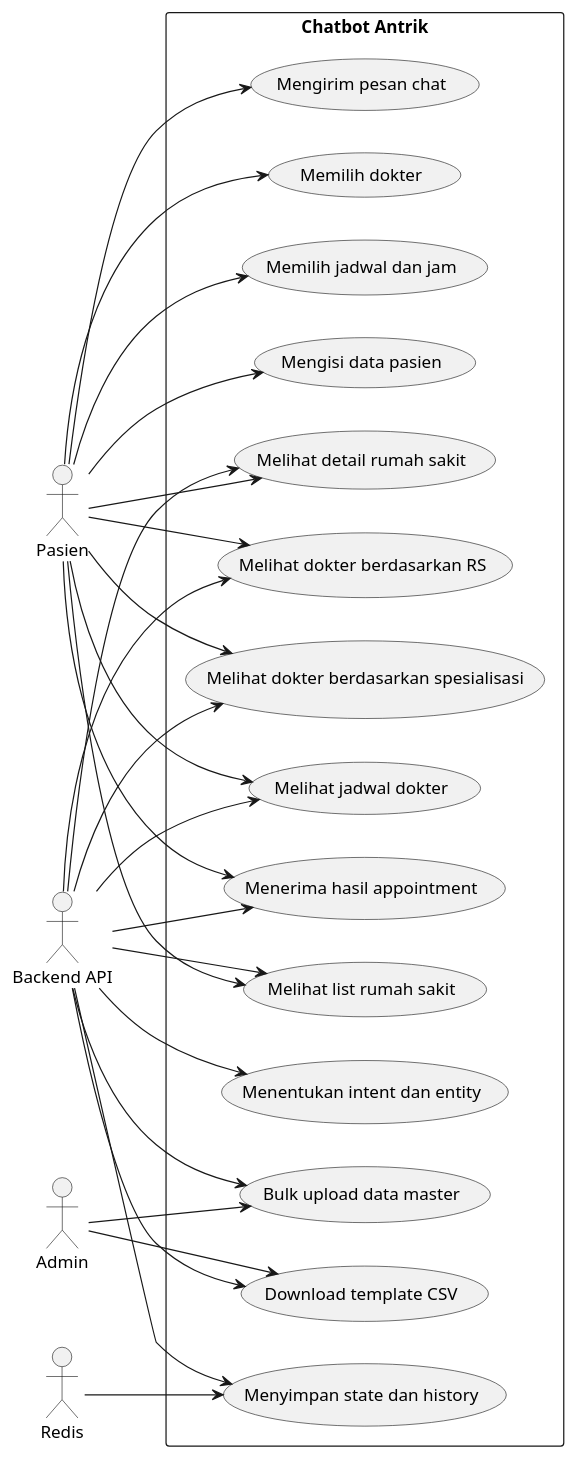
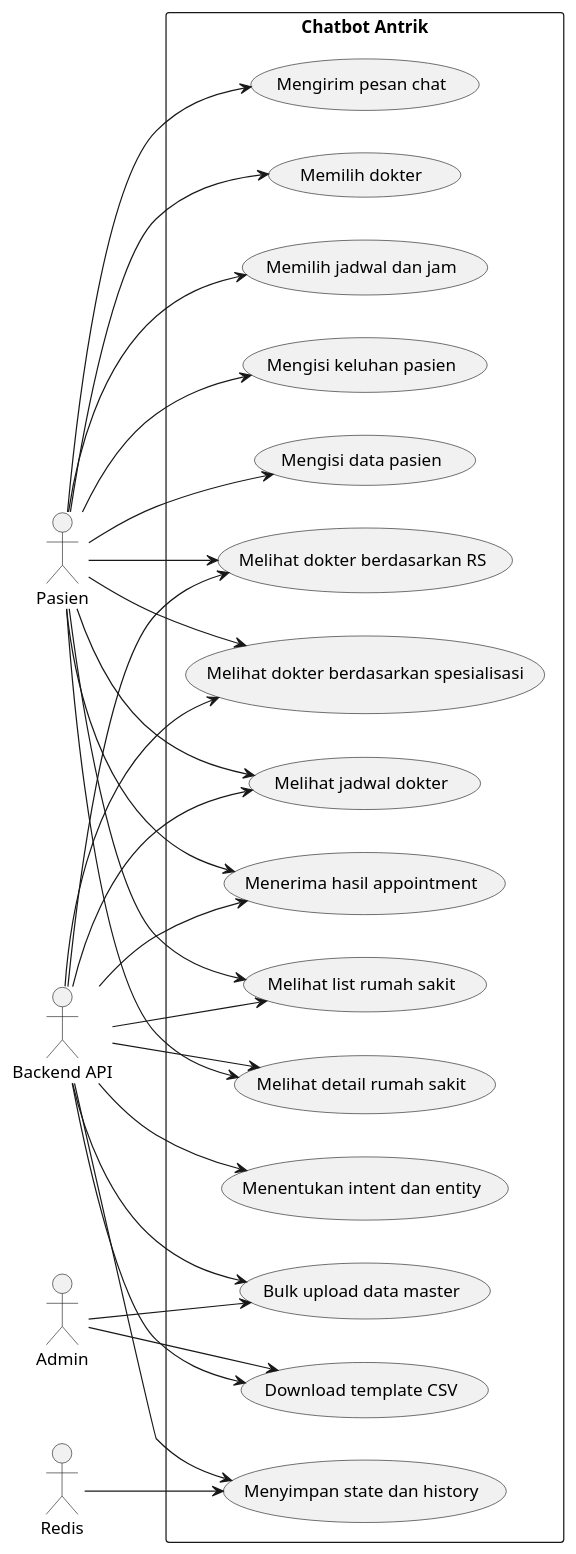
Before and after one commit to sudrajathadi/service-antrik-main: the first of 6 diagrams in LAPORAN_KKP_CHATBOT_ANTRIK.md, drawn with PlantUML. The commit also changed other lines of this file and 20 other files, not shown here.

````diff
--- a/LAPORAN_KKP_CHATBOT_ANTRIK.md
+++ b/LAPORAN_KKP_CHATBOT_ANTRIK.md
@@ -282,52 +300,54 @@
 ```plantuml
 @startuml
 left to right direction
 actor Pasien
 actor Admin
 actor "Backend API" as API
 actor "Redis" as Redis
 
 rectangle "Chatbot Antrik" {
   usecase "Mengirim pesan chat" as UC1
   usecase "Menentukan intent dan entity" as UC2
   usecase "Melihat list rumah sakit" as UC3
   usecase "Melihat detail rumah sakit" as UC4
   usecase "Melihat dokter berdasarkan RS" as UC5
   usecase "Melihat dokter berdasarkan spesialisasi" as UC6
   usecase "Melihat jadwal dokter" as UC7
   usecase "Memilih dokter" as UC8
   usecase "Memilih jadwal dan jam" as UC9
-  usecase "Mengisi data pasien" as UC10
-  usecase "Menerima hasil appointment" as UC11
+  usecase "Mengisi keluhan pasien" as UC10
+  usecase "Mengisi data pasien" as UC11
+  usecase "Menerima hasil appointment" as UC15
   usecase "Bulk upload data master" as UC12
   usecase "Download template CSV" as UC13
   usecase "Menyimpan state dan history" as UC14
 }
 
 Pasien --> UC1
 Pasien --> UC3
 Pasien --> UC4
 Pasien --> UC5
 Pasien --> UC6
 Pasien --> UC7
 Pasien --> UC8
 Pasien --> UC9
 Pasien --> UC10
 Pasien --> UC11
+Pasien --> UC15
 
 Admin --> UC12
 Admin --> UC13
 
 API --> UC2
 API --> UC3
 API --> UC4
 API --> UC5
 API --> UC6
 API --> UC7
-API --> UC11
+API --> UC15
 API --> UC12
 API --> UC13
 API --> UC14
 Redis --> UC14
 @enduml
 ```
````
